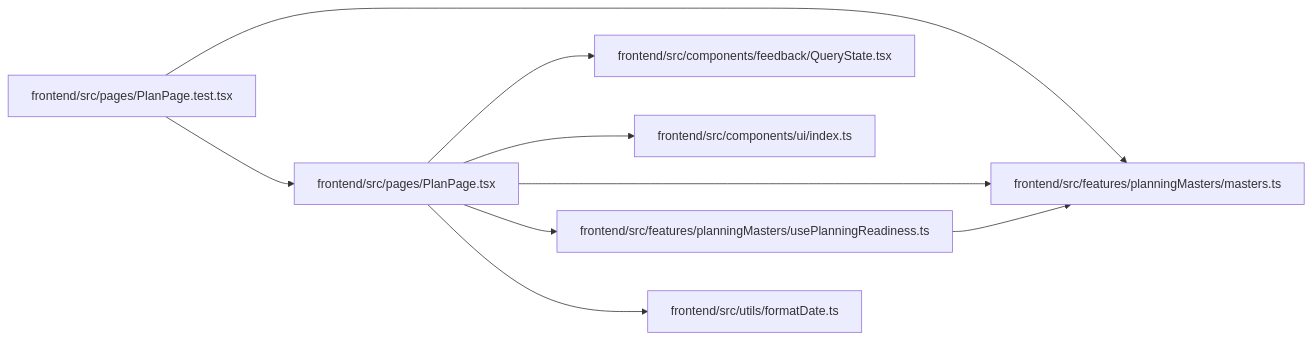
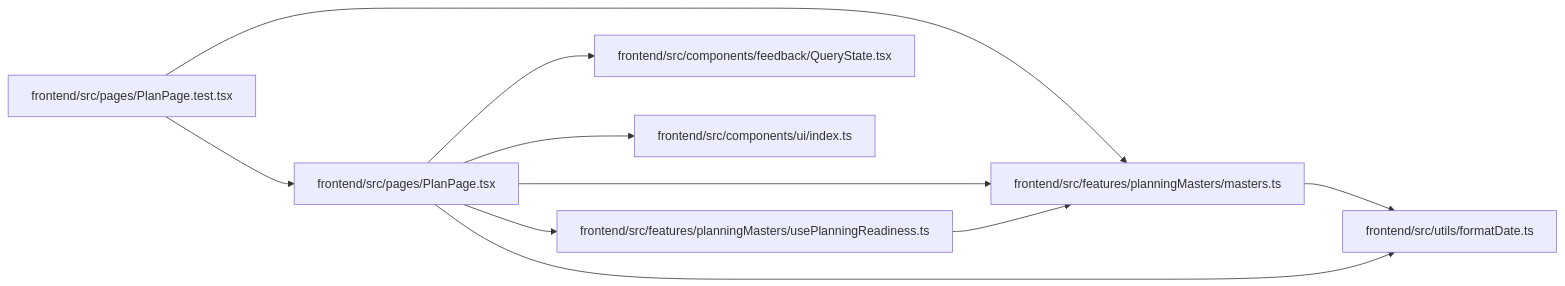
Before and after one commit to Denissvgn/WorkChord: the diagram in docs/llm_wiki/modules/PlanPage.md, drawn with Mermaid. The commit also changed 434 other files, not shown here.

````diff
--- a/docs/llm_wiki/modules/PlanPage.md
+++ b/docs/llm_wiki/modules/PlanPage.md
@@ -33,25 +33,26 @@
 ```mermaid
 flowchart LR
     n0["frontend/src/components/feedback/QueryState.tsx"]
     n1["frontend/src/components/ui/index.ts"]
     n2["frontend/src/features/planningMasters/masters.ts"]
     n3["frontend/src/features/planningMasters/usePlanningReadiness.ts"]
     n4["frontend/src/pages/PlanPage.test.tsx"]
     n5["frontend/src/pages/PlanPage.tsx"]
     n6["frontend/src/utils/formatDate.ts"]
+    n2 --> n6
     n3 --> n2
     n4 --> n2
     n4 --> n5
     n5 --> n0
     n5 --> n1
     n5 --> n2
     n5 --> n3
     n5 --> n6
     click n0 "../modules/QueryState.md"
     click n1 "../modules/index.md"
     click n2 "../modules/planningMasters_masters.md"
     click n3 "../modules/usePlanningReadiness.md"
     click n4 "../modules/PlanPage.test.md"
     click n5 "../modules/PlanPage.md"
     click n6 "../modules/formatDate.md"
 ```
````
